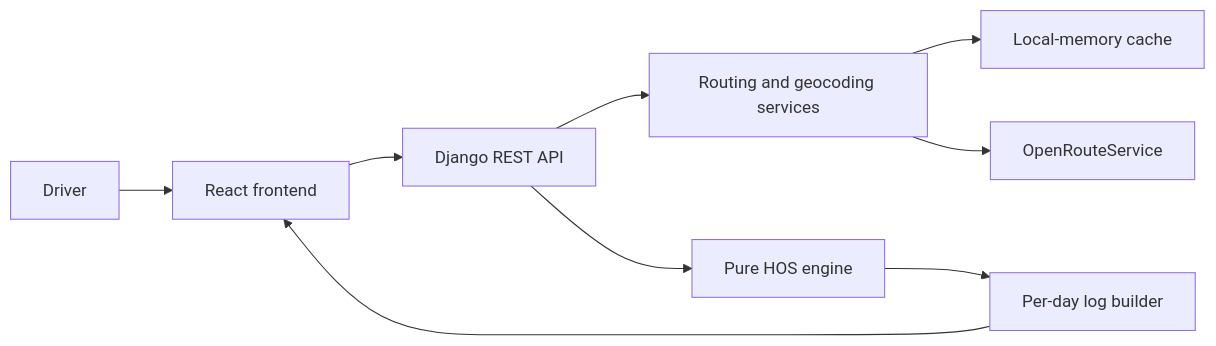
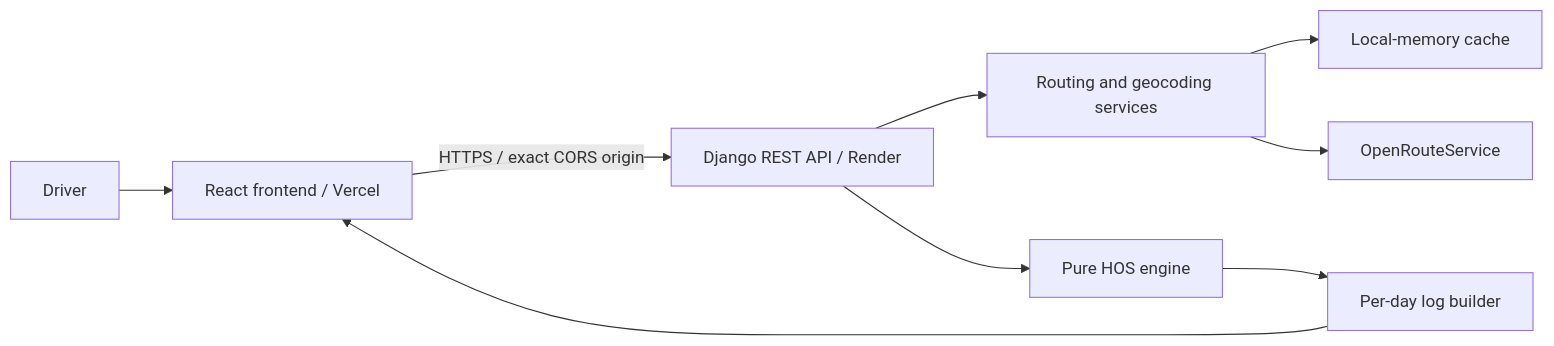
The diagram in README.md (Demeriwael/truckmena), drawn with Mermaid before and after one commit. The commit also changed other lines of this file and 20 other files, not shown here.

````diff
--- a/README.md
+++ b/README.md
@@ -20,11 +20,11 @@
 ```mermaid
 flowchart LR
-    Driver[Driver] --> UI[React frontend]
-    UI --> API[Django REST API]
+    Driver[Driver] --> UI[React frontend / Vercel]
+    UI -->|HTTPS / exact CORS origin| API[Django REST API / Render]
     API --> Routing[Routing and geocoding services]
     Routing --> Cache[Local-memory cache]
     Routing --> ORS[OpenRouteService]
     API --> HOS[Pure HOS engine]
     HOS --> Logs[Per-day log builder]
     Logs --> UI
 ```
````
